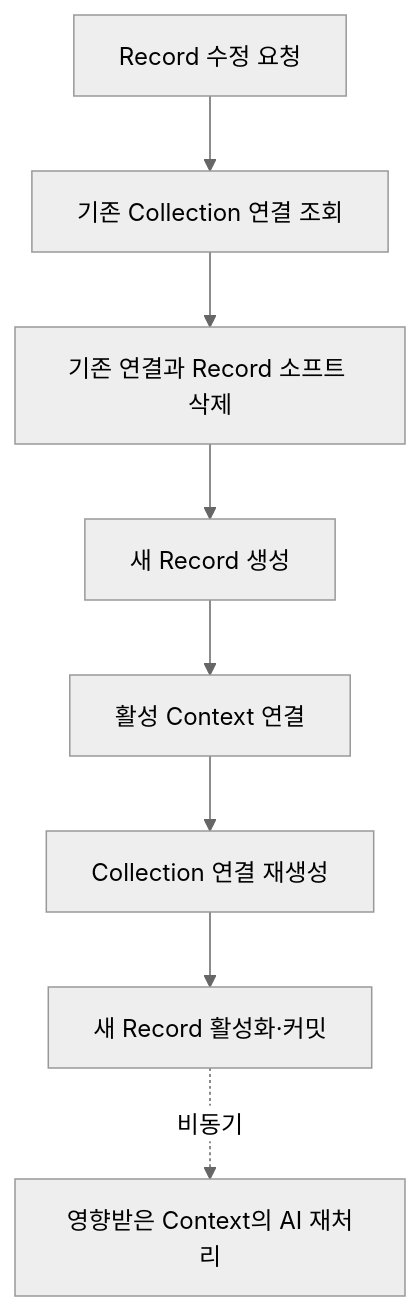
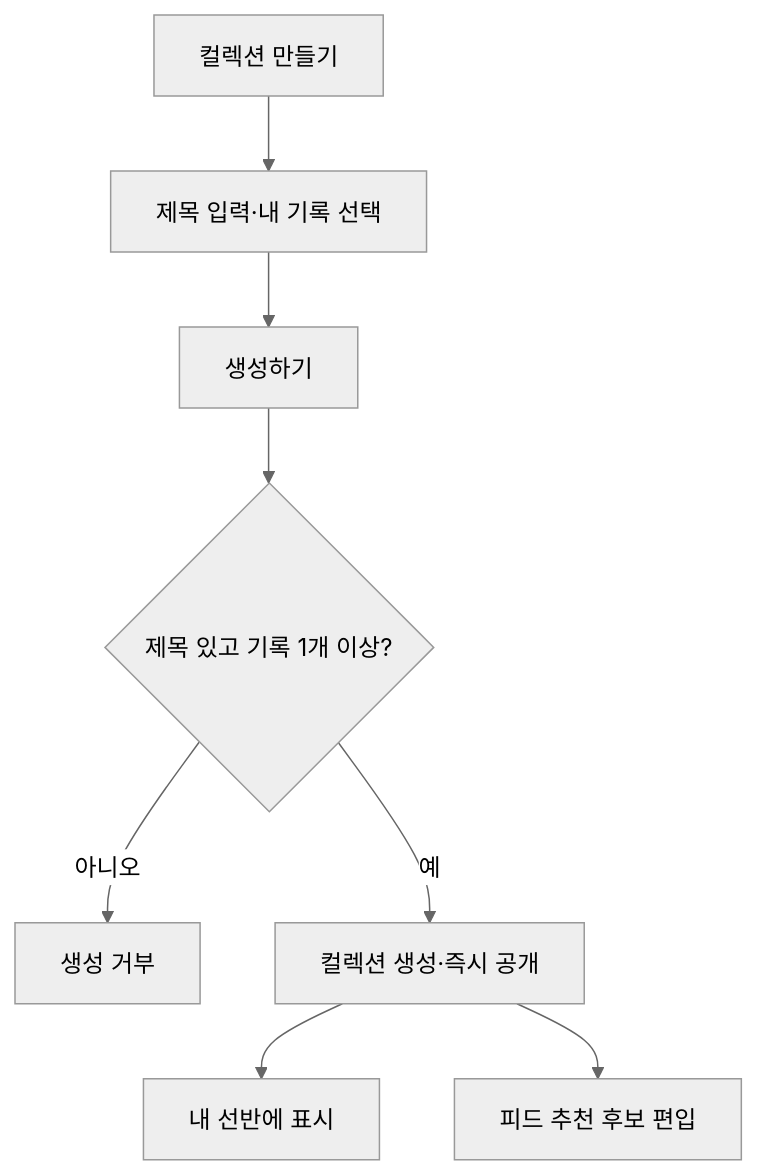
The fifth of 12 diagrams in static/09_유저플로우.md (Team-PinLog/docs), drawn with Mermaid (neutral theme) before and after one commit. The commit also changed other lines of this file and 10 other files, not shown here.

````diff
--- a/static/09_유저플로우.md
+++ b/static/09_유저플로우.md
@@ -47,10 +115,10 @@
 ```mermaid
 flowchart TD
-    A[Record 수정 요청] --> B[기존 Collection 연결 조회]
-    B --> C[기존 연결과 Record 소프트 삭제]
-    C --> D[새 Record 생성]
-    D --> E[활성 Context 연결]
-    E --> F[Collection 연결 재생성]
-    F --> G[새 Record 활성화·커밋]
-    G -.비동기.-> H[영향받은 Context의 AI 재처리]
+    A[컬렉션 만들기] --> B[제목 입력·내 기록 선택]
+    B --> C[생성하기]
+    C --> D{제목 있고 기록 1개 이상?}
+    D -- 아니오 --> E[생성 거부]
+    D -- 예 --> F[컬렉션 생성·즉시 공개]
+    F --> G[내 선반에 표시]
+    F --> H[피드 추천 후보 편입]
 ```
````
